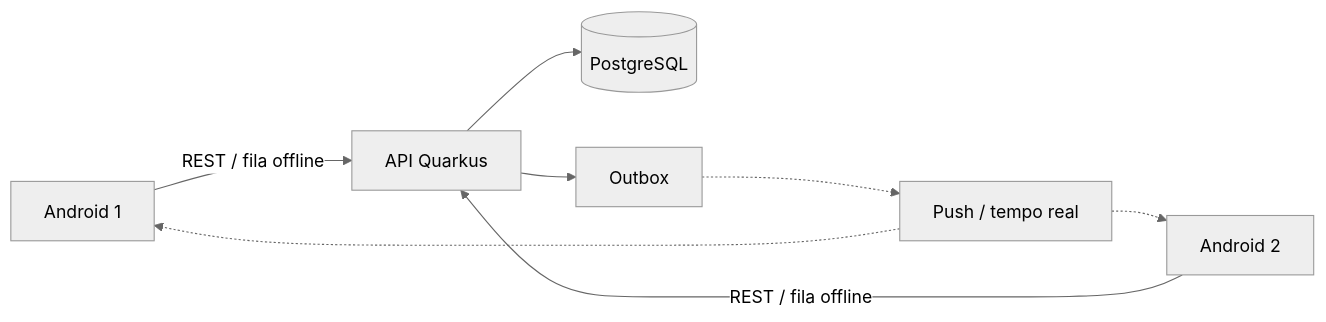
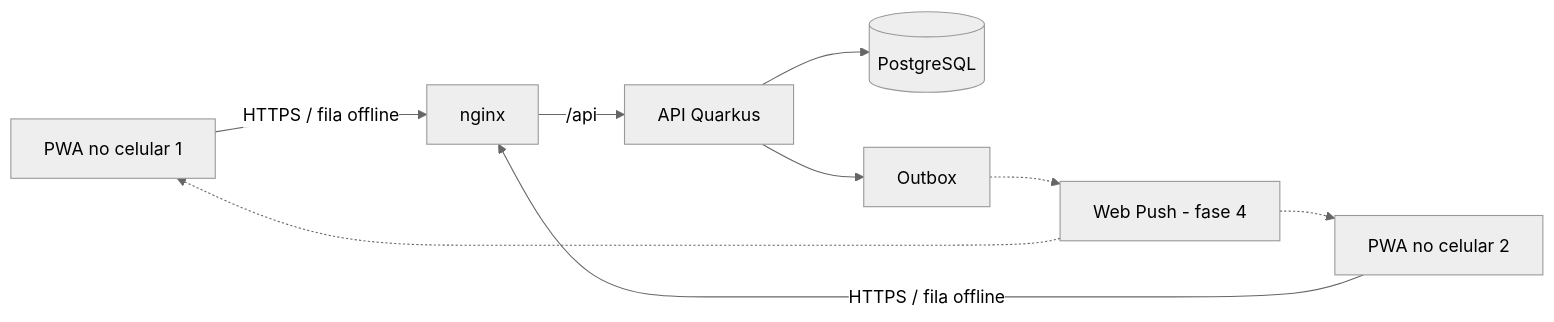
One commit to leandro-costa/remedios changed the diagram in README.md. Above: the diagram before and after it, drawn with Mermaid (neutral theme). The commit also changed other lines of this file and 78 other files, not shown here.

````diff
--- a/README.md
+++ b/README.md
@@ -25,8 +26,9 @@
 ```mermaid
 flowchart LR
-    A[Android 1] -- REST / fila offline --> API[API Quarkus]
-    B[Android 2] -- REST / fila offline --> API
+    A[PWA no celular 1] -- HTTPS / fila offline --> W[nginx]
+    B[PWA no celular 2] -- HTTPS / fila offline --> W
+    W -- /api --> API[API Quarkus]
     API --> PG[(PostgreSQL)]
     API --> OUT[Outbox]
-    OUT -.-> PUSH[Push / tempo real] -.-> A & B
+    OUT -.-> PUSH[Web Push - fase 4] -.-> A & B
 ```
````
